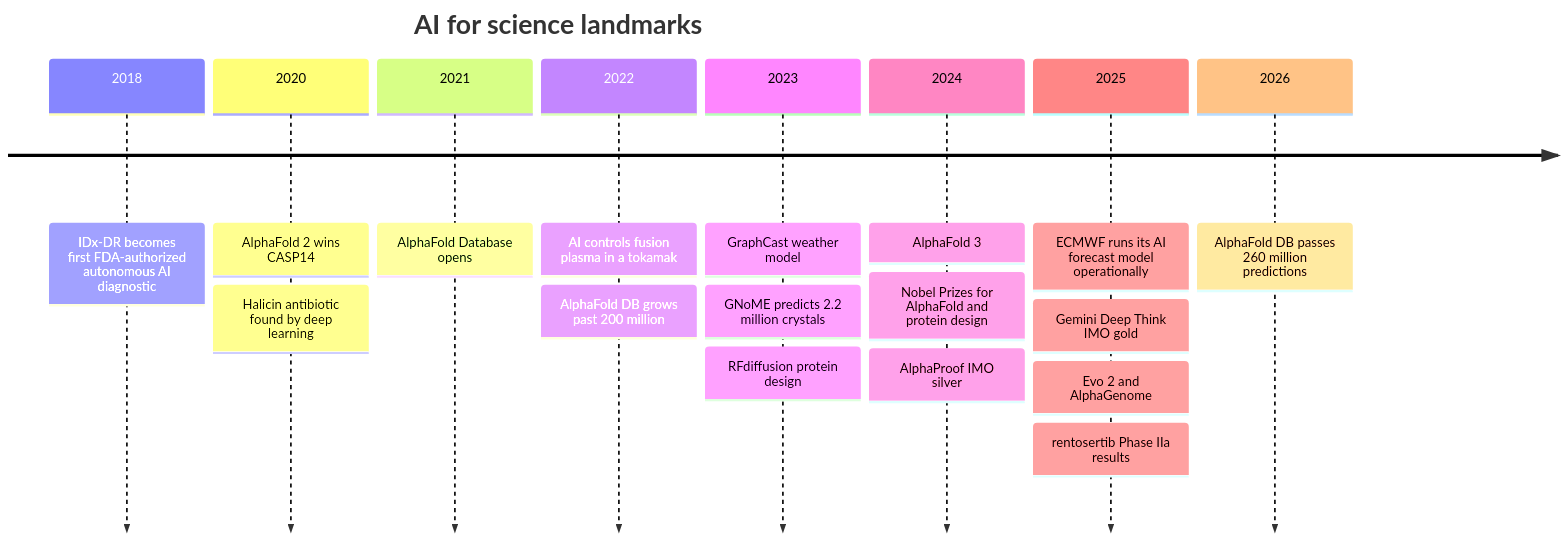
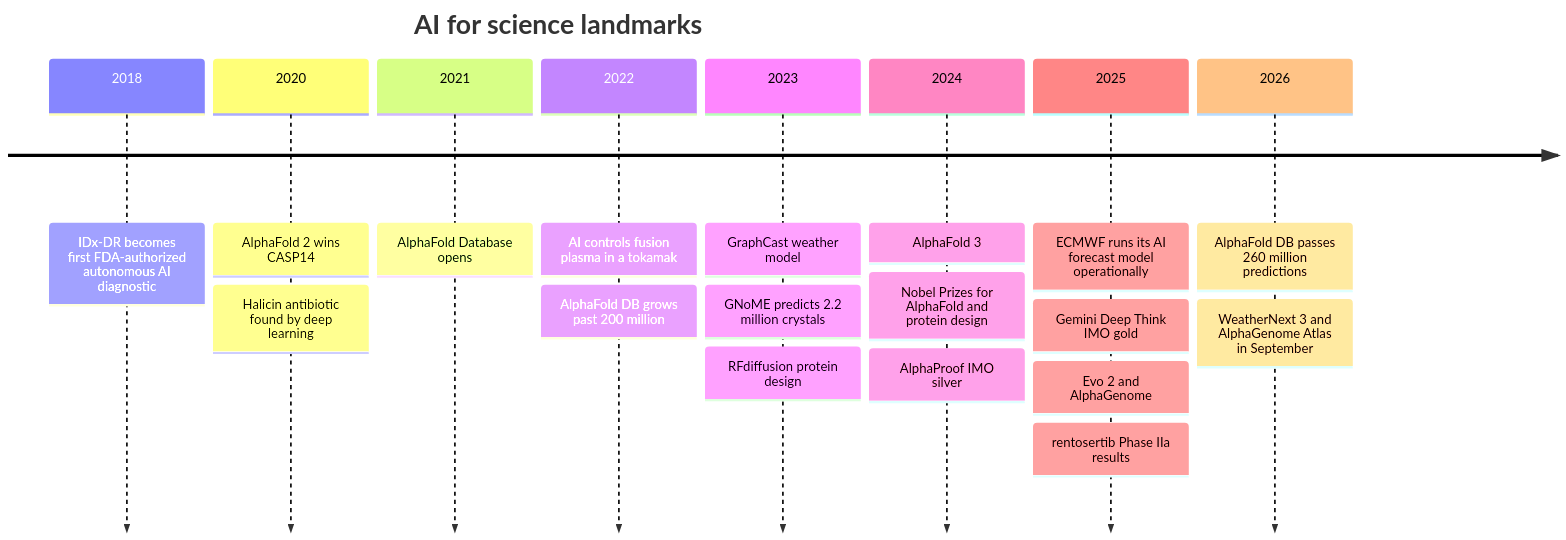
One commit to mcichael1-eng/Leash-Holder-2 changed the second of 7 diagrams in ai-book/chapters/52-science-and-medicine.md. Above: the diagram before and after it, drawn with Mermaid. The commit also changed other lines of this file and 71 other files, not shown here.

````diff
--- a/ai-book/chapters/52-science-and-medicine.md
+++ b/ai-book/chapters/52-science-and-medicine.md
@@ -53,12 +53,12 @@
 ```mermaid
 timeline
   title AI for science landmarks
   2018 : IDx-DR becomes first FDA-authorized autonomous AI diagnostic
   2020 : AlphaFold 2 wins CASP14 : Halicin antibiotic found by deep learning
   2021 : AlphaFold Database opens
   2022 : AI controls fusion plasma in a tokamak : AlphaFold DB grows past 200 million
   2023 : GraphCast weather model : GNoME predicts 2.2 million crystals : RFdiffusion protein design
   2024 : AlphaFold 3 : Nobel Prizes for AlphaFold and protein design : AlphaProof IMO silver
   2025 : ECMWF runs its AI forecast model operationally : Gemini Deep Think IMO gold : Evo 2 and AlphaGenome : rentosertib Phase IIa results
-  2026 : AlphaFold DB passes 260 million predictions
+  2026 : AlphaFold DB passes 260 million predictions : WeatherNext 3 and AlphaGenome Atlas in September
 ```
````
